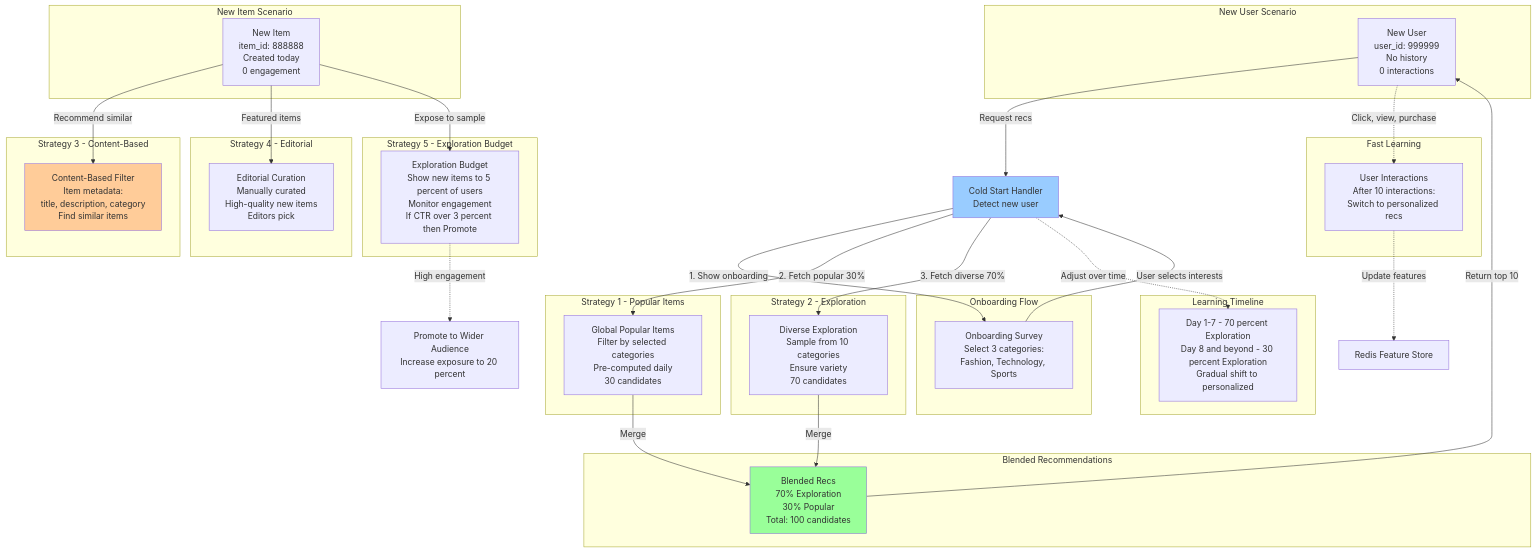
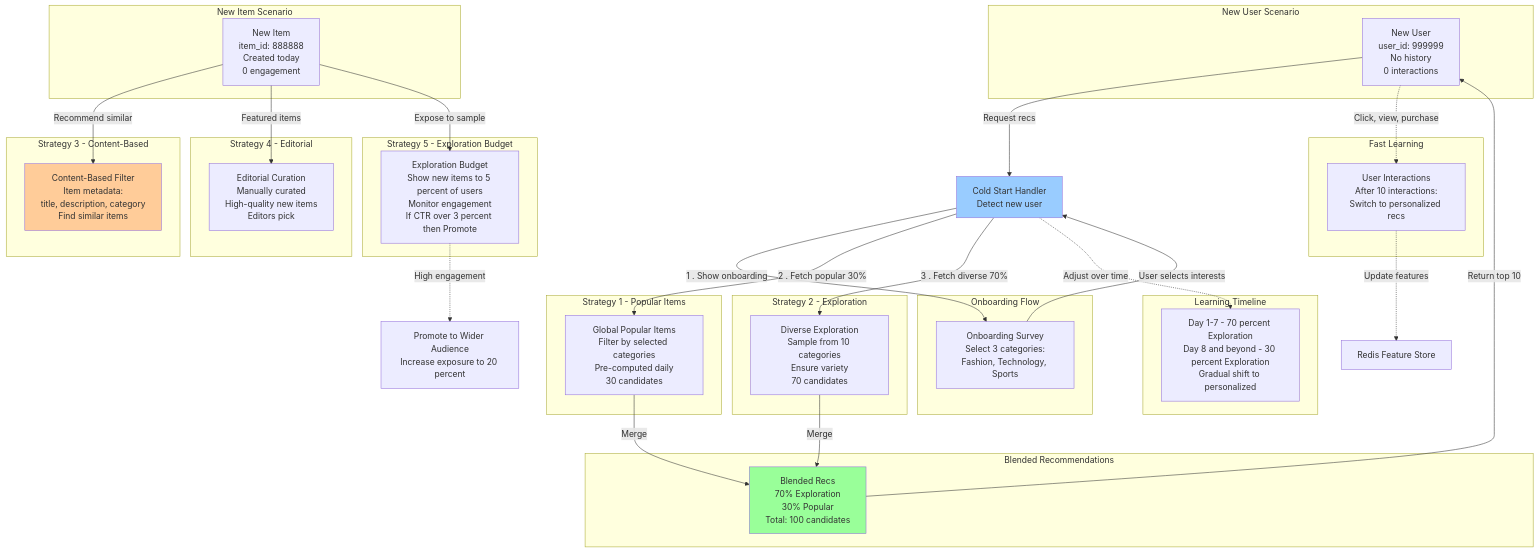
Before and after one commit to piyush7199/hld-architecture-handbook: diagram 12 of 14 in 03-challenges/3.4.4-recommendation-system/hld-diagram.md, drawn with Mermaid. The commit also changed other lines of this file and 23 other files, not shown here.

First line of the commit message:
Add Online Code Editor / Judge design challenge with comprehensive documentation and diagrams

````diff
--- a/03-challenges/3.4.4-recommendation-system/hld-diagram.md
+++ b/03-challenges/3.4.4-recommendation-system/hld-diagram.md
@@ -1016,77 +1042,74 @@
 ```mermaid
 graph TB
     subgraph "New User Scenario"
         NewUser[New User<br/>user_id: 999999<br/>No history<br/>0 interactions]
     end
-    
+
     NewUser -->|Request recs| ColdStartHandler[Cold Start Handler<br/>Detect new user]
-    
+
     subgraph "Onboarding Flow"
         Onboard[Onboarding Survey<br/>Select 3 categories:<br/>Fashion, Technology, Sports]
     end
-    
-    ColdStartHandler -->|1. Show onboarding| Onboard
+
+    ColdStartHandler -->|1 . Show onboarding| Onboard
     Onboard -->|User selects interests| ColdStartHandler
-    
+
     subgraph "Strategy 1 - Popular Items"
         Popular[Global Popular Items<br/>Filter by selected categories<br/>Pre-computed daily<br/>30 candidates]
     end
-    
-    ColdStartHandler -->|2. Fetch popular 30%| Popular
-    
+
+    ColdStartHandler -->|2 . Fetch popular 30%| Popular
+
     subgraph "Strategy 2 - Exploration"
         Explore[Diverse Exploration<br/>Sample from 10 categories<br/>Ensure variety<br/>70 candidates]
     end
-    
-    ColdStartHandler -->|3. Fetch diverse 70%| Explore
-    
+
+    ColdStartHandler -->|3 . Fetch diverse 70%| Explore
+
     subgraph "Blended Recommendations"
         Blend[Blended Recs<br/>70% Exploration<br/>30% Popular<br/>Total: 100 candidates]
     end
-    
+
     Popular -->|Merge| Blend
     Explore -->|Merge| Blend
-    
     Blend -->|Return top 10| NewUser
-    
+
     subgraph "Fast Learning"
         Interaction[User Interactions<br/>After 10 interactions:<br/>Switch to personalized recs]
     end
-    
+
     NewUser -.->|Click, view, purchase| Interaction
     Interaction -.->|Update features| FeatureStore[Redis Feature Store]
-    
+
     subgraph "New Item Scenario"
         NewItem[New Item<br/>item_id: 888888<br/>Created today<br/>0 engagement]
     end
-    
+
     subgraph "Strategy 3 - Content-Based"
         ContentBased[Content-Based Filter<br/>Item metadata:<br/>title, description, category<br/>Find similar items]
     end
-    
+
     NewItem -->|Recommend similar| ContentBased
-    
+
     subgraph "Strategy 4 - Editorial"
         Editorial[Editorial Curation<br/>Manually curated<br/>High-quality new items<br/>Editors pick]
     end
-    
+
     NewItem -->|Featured items| Editorial
-    
+
     subgraph "Strategy 5 - Exploration Budget"
         ExplorationBudget["Exploration Budget<br/>Show new items to 5 percent of users<br/>Monitor engagement<br/>If CTR over 3 percent then Promote"]
     end
-    
+
     NewItem -->|Expose to sample| ExplorationBudget
-    
     ExplorationBudget -.->|High engagement| Promote[Promote to Wider Audience<br/>Increase exposure to 20 percent]
-    
+
     subgraph "Learning Timeline"
         TimelinePhases["Day 1-7 - 70 percent Exploration<br/>Day 8 and beyond - 30 percent Exploration<br/>Gradual shift to personalized"]
     end
-    
+
     ColdStartHandler -.->|Adjust over time| TimelinePhases
-    
-    style ColdStartHandler fill:#99ccff
-    style Blend fill:#99ff99
-    style ContentBased fill:#ffcc99
+    style ColdStartHandler fill: #99ccff
+    style Blend fill: #99ff99
+    style ContentBased fill: #ffcc99
 ```
````
